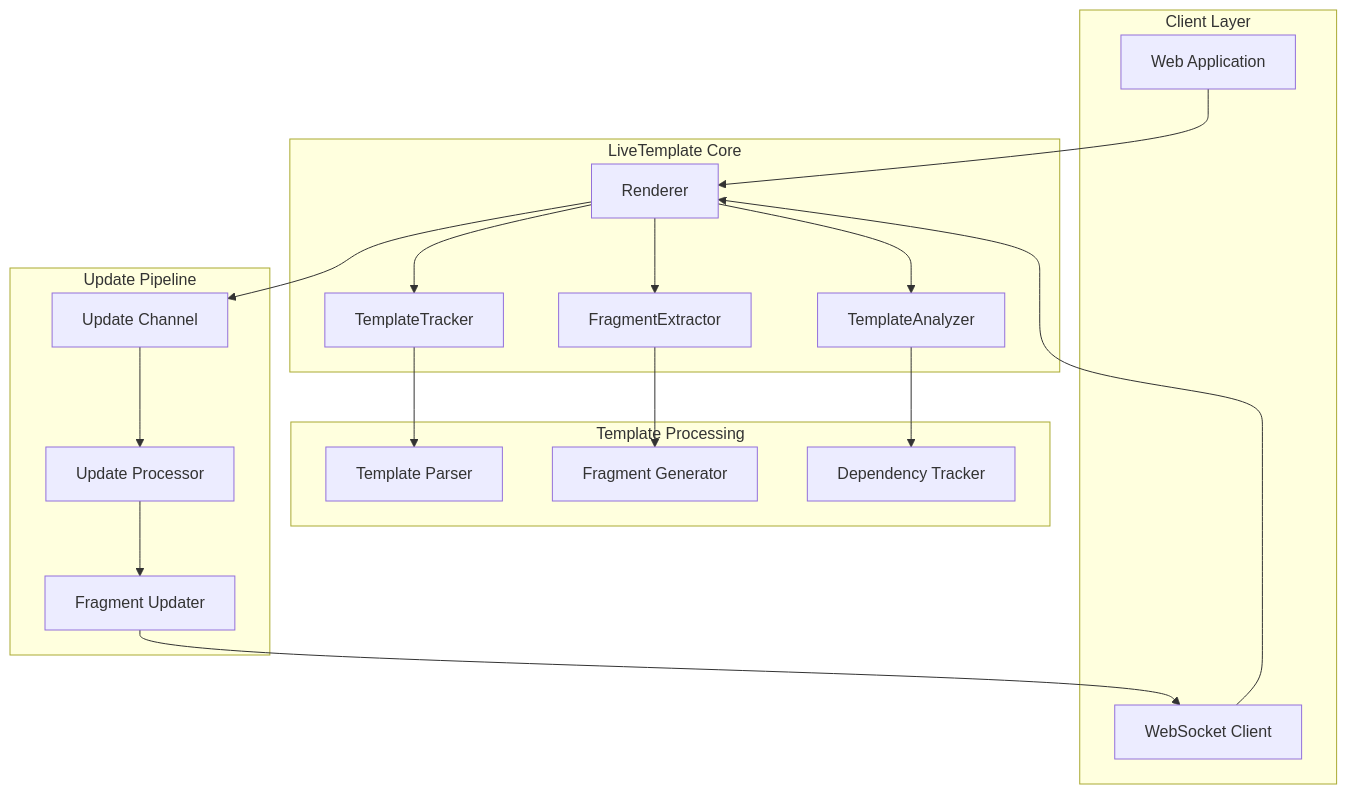
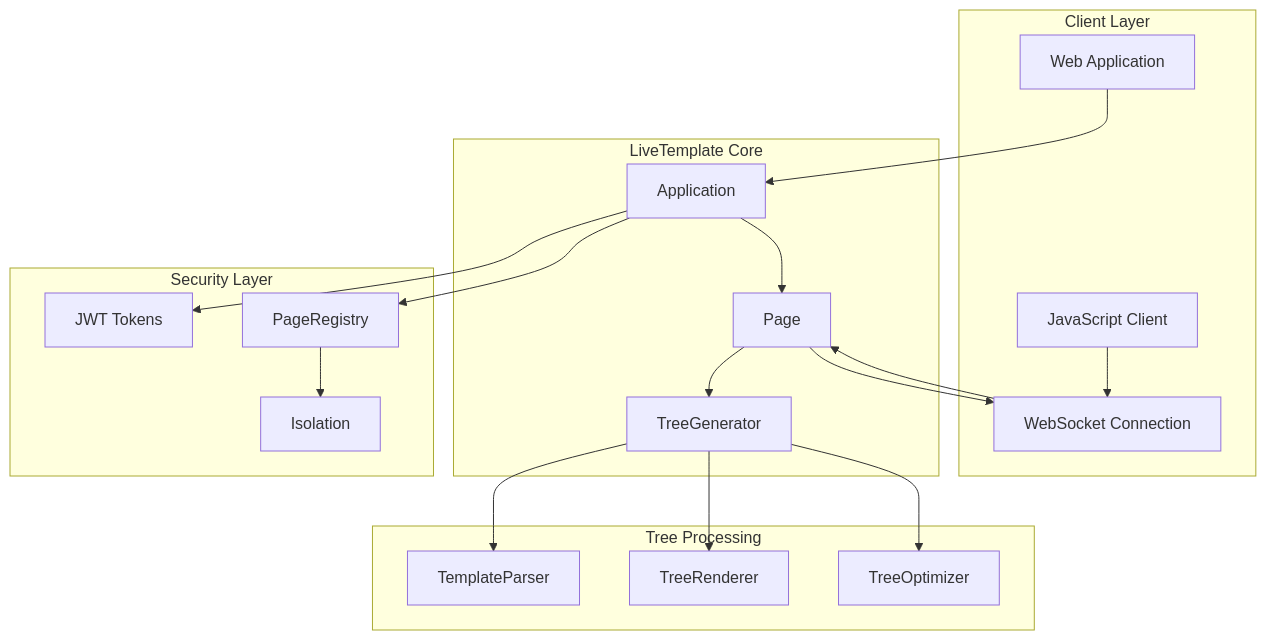
The first of 5 diagrams in docs/ARCHITECTURE.md (livetemplate/livetemplate), drawn with Mermaid before and after one commit. The commit also changed other lines of this file and 169 other files, not shown here.

````diff
--- a/docs/ARCHITECTURE.md
+++ b/docs/ARCHITECTURE.md
@@ -11,39 +11,39 @@
 ```mermaid
 graph TB
     subgraph "Client Layer"
         WEB[Web Application]
-        WS[WebSocket Client]
+        JS[JavaScript Client]
+        WS[WebSocket Connection]
     end
 
     subgraph "LiveTemplate Core"
-        RT[Renderer]
-        TT[TemplateTracker]
-        FE[FragmentExtractor]
-        TA[TemplateAnalyzer]
+        APP[Application]
+        PAGE[Page]
+        TG[TreeGenerator]
     end
 
-    subgraph "Template Processing"
-        TP[Template Parser]
-        FG[Fragment Generator]
-        DT[Dependency Tracker]
+    subgraph "Tree Processing"
+        TP[TemplateParser]
+        TR[TreeRenderer]
+        TO[TreeOptimizer]
     end
 
-    subgraph "Update Pipeline"
-        UC[Update Channel]
-        UP[Update Processor]
-        FU[Fragment Updater]
+    subgraph "Security Layer"
+        JWT[JWT Tokens]
+        REG[PageRegistry]
+        ISO[Isolation]
     end
 
-    WEB --> RT
-    WS --> RT
-    RT --> TT
-    RT --> FE
-    RT --> TA
-    TT --> TP
-    FE --> FG
-    TA --> DT
-    RT --> UC
-    UC --> UP
-    UP --> FU
-    FU --> WS
+    WEB --> APP
+    JS --> WS
+    WS --> PAGE
+    APP --> PAGE
+    PAGE --> TG
+    TG --> TP
+    TG --> TR
+    TG --> TO
+    APP --> JWT
+    APP --> REG
+    REG --> ISO
+    PAGE --> WS
 ```
````
